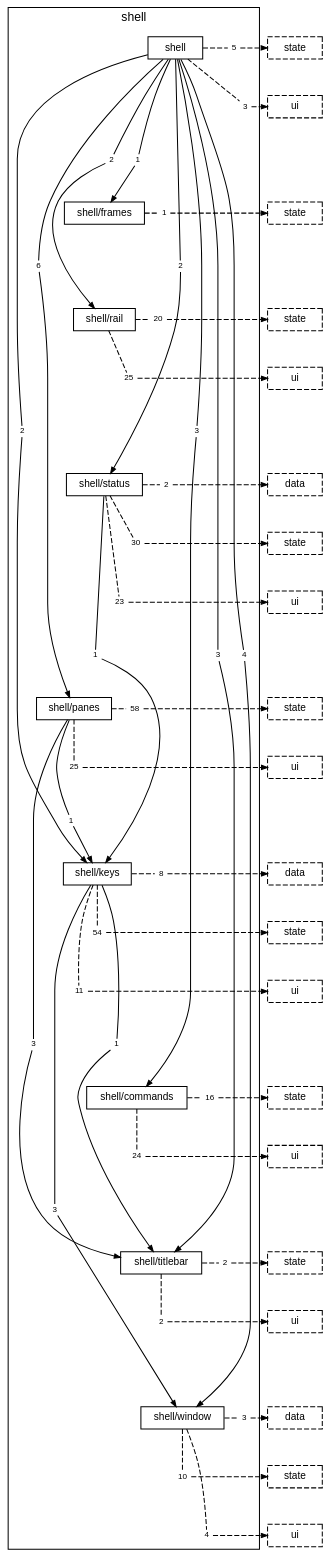
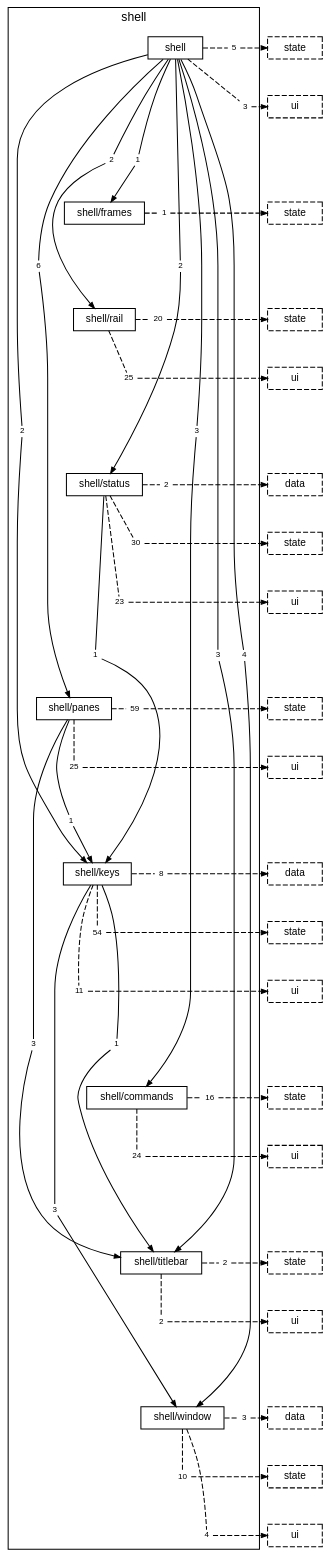
One commit to TheAxeC/oculus changed the diagram in docs/diagrams/layer-shell.dot. Above: the diagram before and after it, drawn with Graphviz. The commit also changed 92 other files, not shown here.

```diff
--- a/docs/diagrams/layer-shell.dot
+++ b/docs/diagrams/layer-shell.dot
@@ -32,7 +32,7 @@
         "folder shell/status to layer ui" [label="23", shape=box, color="transparent", fontsize=8, width=0, height=0, margin="0.04,0.02"];
         "folder shell/panes to folder shell/keys" [label="1", shape=box, color="transparent", fontsize=8, width=0, height=0, margin="0.04,0.02"];
         "folder shell/panes to folder shell/titlebar" [label="3", shape=box, color="transparent", fontsize=8, width=0, height=0, margin="0.04,0.02"];
-        "folder shell/panes to layer state" [label="58", shape=box, color="transparent", fontsize=8, width=0, height=0, margin="0.04,0.02"];
+        "folder shell/panes to layer state" [label="59", shape=box, color="transparent", fontsize=8, width=0, height=0, margin="0.04,0.02"];
         "folder shell/panes to layer ui" [label="25", shape=box, color="transparent", fontsize=8, width=0, height=0, margin="0.04,0.02"];
         "folder shell/keys to folder shell/titlebar" [label="1", shape=box, color="transparent", fontsize=8, width=0, height=0, margin="0.04,0.02"];
         "folder shell/keys to folder shell/window" [label="3", shape=box, color="transparent", fontsize=8, width=0, height=0, margin="0.04,0.02"];
```
